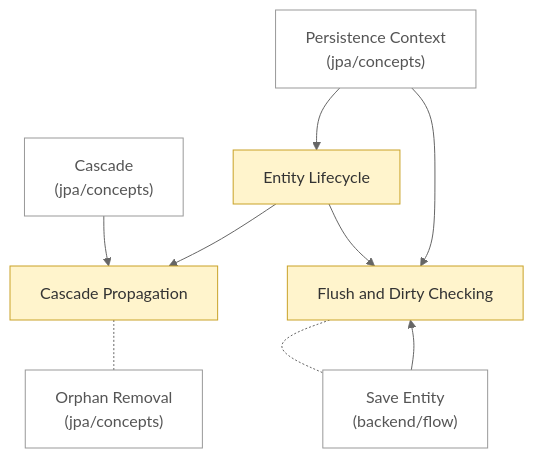
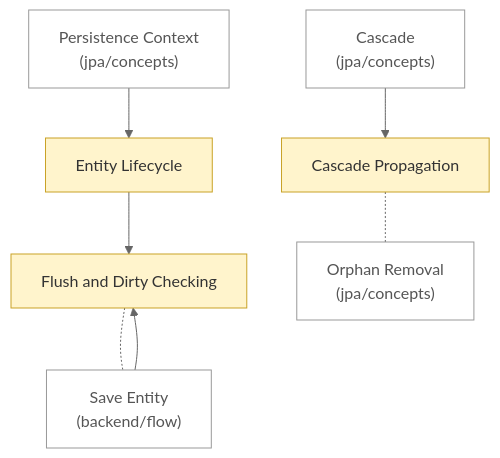
One commit to Pizza-Mozzarella/self-learning changed the diagram in notes/backend/jpa/flow/README.md. Above: the diagram before and after it, drawn with Mermaid (neutral theme). The commit also changed other lines of this file and 13 other files, not shown here.

````diff
--- a/notes/backend/jpa/flow/README.md
+++ b/notes/backend/jpa/flow/README.md
@@ -6,22 +6,20 @@
 ```mermaid
 flowchart TD
     n0["Cascade Propagation"]:::draft
     n1["Entity Lifecycle"]:::draft
     n2["Flush and Dirty Checking"]:::draft
     n3["Save Entity<br/>(backend/flow)"]:::ext
     n4["Cascade<br/>(jpa/concepts)"]:::ext
     n5["Orphan Removal<br/>(jpa/concepts)"]:::ext
     n6["Persistence Context<br/>(jpa/concepts)"]:::ext
     n3 --> n2
     n4 --> n0
     n6 --> n1
-    n1 --> n0
     n0 -.- n5
     n1 --> n2
-    n6 --> n2
     n2 -.- n3
     classDef stub fill:#eeeeee,stroke:#999999,stroke-dasharray:4 3,color:#555555
     classDef draft fill:#fff4cc,stroke:#c9a227,color:#333333
     classDef ok fill:#d8f0dc,stroke:#3a9d5d,color:#222222
     classDef ext fill:#ffffff,stroke:#999999,color:#555555
 ```
````
